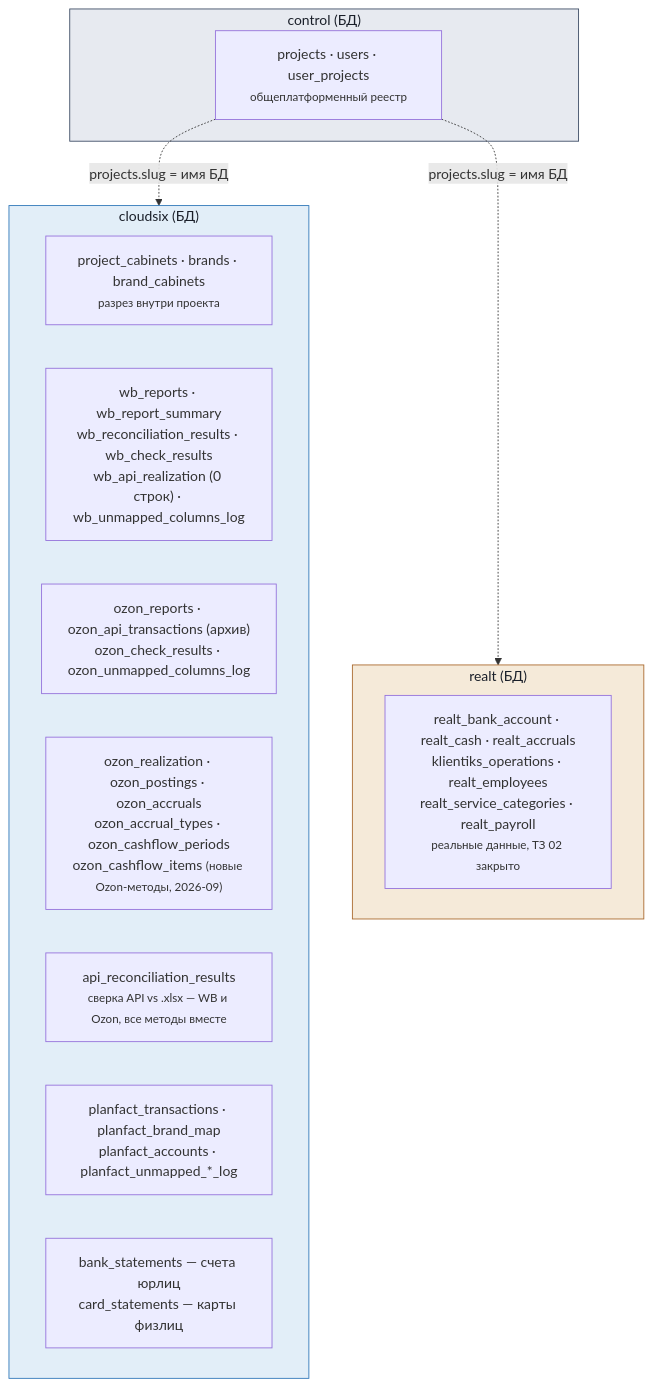
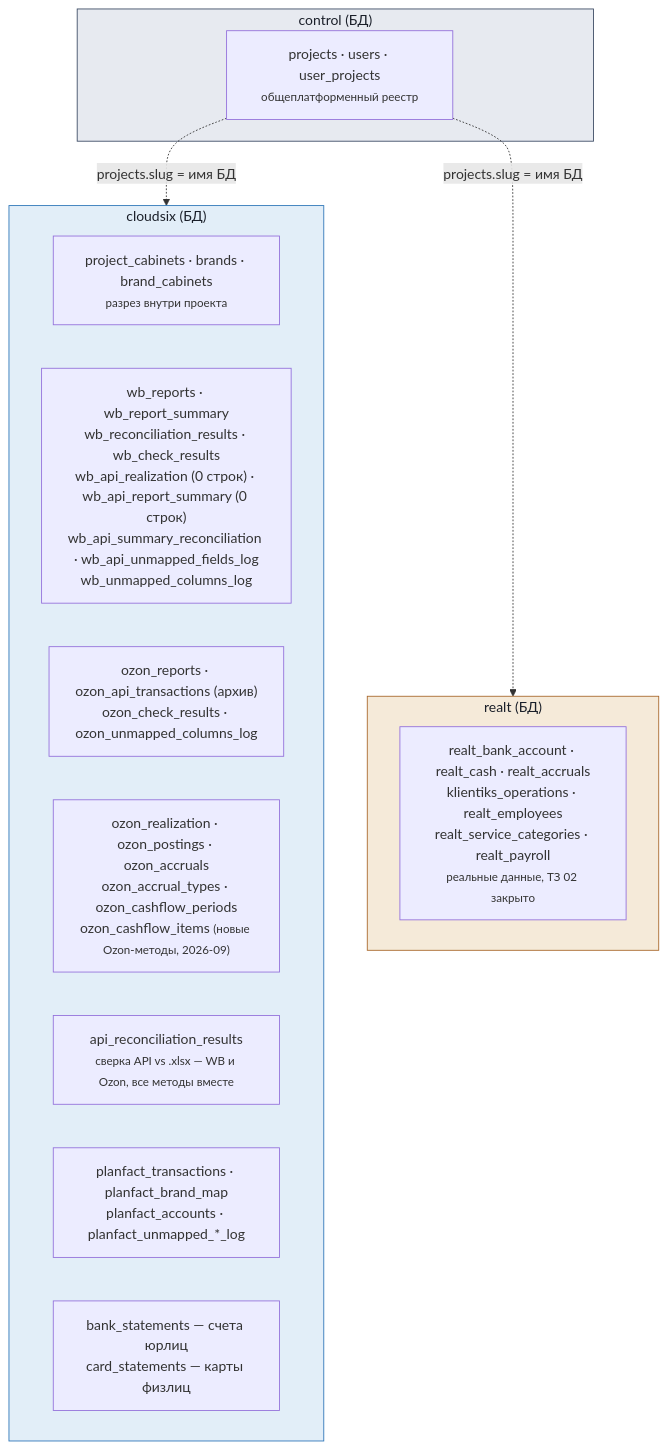
The third of 5 diagrams in docs/architecture-map.md (IGfinance/bf-analytics-platform), drawn with Mermaid before and after one commit. The commit also changed other lines of this file and 9 other files, not shown here.

````diff
--- a/docs/architecture-map.md
+++ b/docs/architecture-map.md
@@ -108,27 +109,27 @@
 ```mermaid
 flowchart TD
     subgraph CTRL["control (БД)"]
         C1["projects · users · user_projects<br/><small>общеплатформенный реестр</small>"]
     end
 
     subgraph CS["cloudsix (БД)"]
         CS0["project_cabinets · brands · brand_cabinets<br/><small>разрез внутри проекта</small>"]
-        CS1["wb_reports · wb_report_summary<br/>wb_reconciliation_results · wb_check_results<br/>wb_api_realization (0 строк) · wb_unmapped_columns_log"]
+        CS1["wb_reports · wb_report_summary<br/>wb_reconciliation_results · wb_check_results<br/>wb_api_realization (0 строк) · wb_api_report_summary (0 строк)<br/>wb_api_summary_reconciliation · wb_api_unmapped_fields_log<br/>wb_unmapped_columns_log"]
         CS2a["ozon_reports · ozon_api_transactions (архив)<br/>ozon_check_results · ozon_unmapped_columns_log"]
         CS2b["ozon_realization · ozon_postings · ozon_accruals<br/>ozon_accrual_types · ozon_cashflow_periods<br/>ozon_cashflow_items <small>(новые Ozon-методы, 2026-09)</small>"]
         CS3["api_reconciliation_results<br/><small>сверка API vs .xlsx — WB и Ozon, все методы вместе</small>"]
         CS4["planfact_transactions · planfact_brand_map<br/>planfact_accounts · planfact_unmapped_*_log"]
         CS5["bank_statements — счета юрлиц<br/>card_statements — карты физлиц"]
     end
 
     subgraph RT["realt (БД)"]
         R1["realt_bank_account · realt_cash · realt_accruals<br/>klientiks_operations · realt_employees<br/>realt_service_categories · realt_payroll<br/><small>реальные данные, ТЗ 02 закрыто</small>"]
     end
 
     C1 -. "projects.slug = имя БД" .-> CS
     C1 -. "projects.slug = имя БД" .-> RT
 
     style CTRL fill:#e7eaf0,stroke:#3b4a63,color:#1a1f29
     style CS fill:#e2eef8,stroke:#2e76b8,color:#1a1f29
     style RT fill:#f5ead9,stroke:#a8672b,color:#1a1f29
 ```
````
